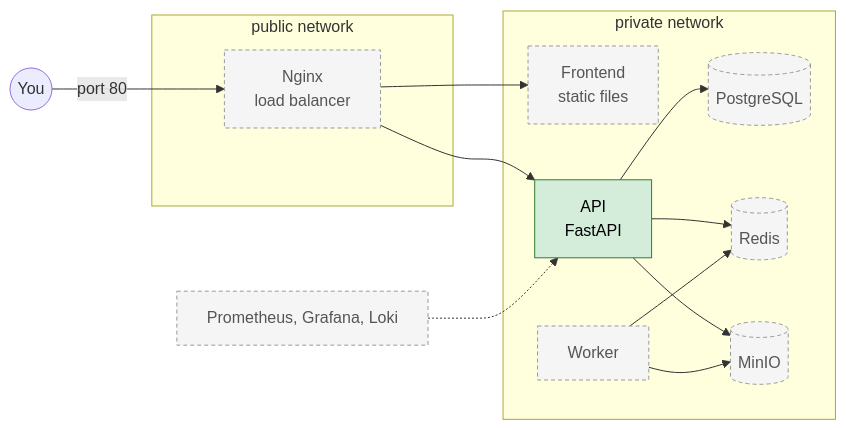
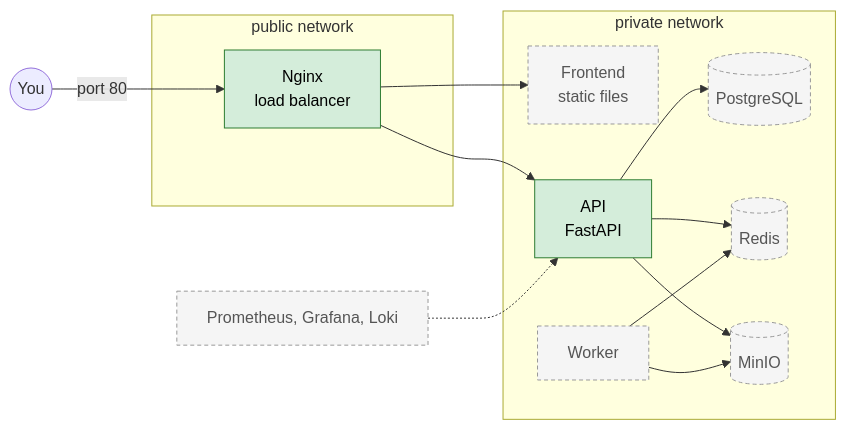
One commit to moncef2k/aws-local-lab changed the diagram in README.md. Above: the diagram before and after it, drawn with Mermaid. The commit also changed other lines of this file and 4 other files, not shown here.

````diff
--- a/README.md
+++ b/README.md
@@ -23,24 +23,24 @@
 ```mermaid
 flowchart LR
   you((You)) -->|port 80| lb[Nginx<br/>load balancer]
   subgraph public[public network]
     lb
   end
   subgraph private[private network]
     fe[Frontend<br/>static files]
     api[API<br/>FastAPI]
     worker[Worker]
     db[(PostgreSQL)]
     cache[(Redis)]
     s3[(MinIO)]
   end
   lb --> api
   lb --> fe
   api --> db & cache & s3
   worker --> cache & s3
   mon[Prometheus, Grafana, Loki] -.-> api
   classDef built fill:#d4edda,stroke:#2e7d32,color:#000
   classDef planned fill:#f5f5f5,stroke:#999,stroke-dasharray:4 3,color:#555
-  class api built
-  class lb,fe,worker,db,cache,s3,mon planned
+  class api,lb built
+  class fe,worker,db,cache,s3,mon planned
 ```
````
